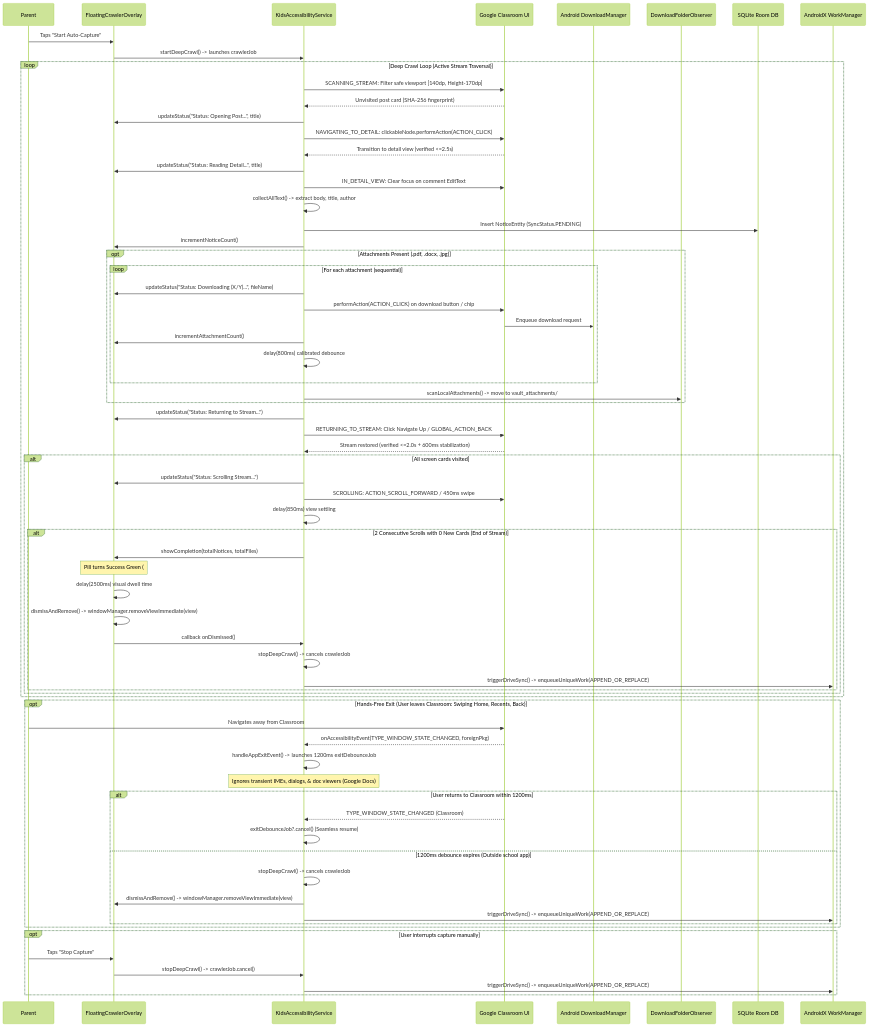
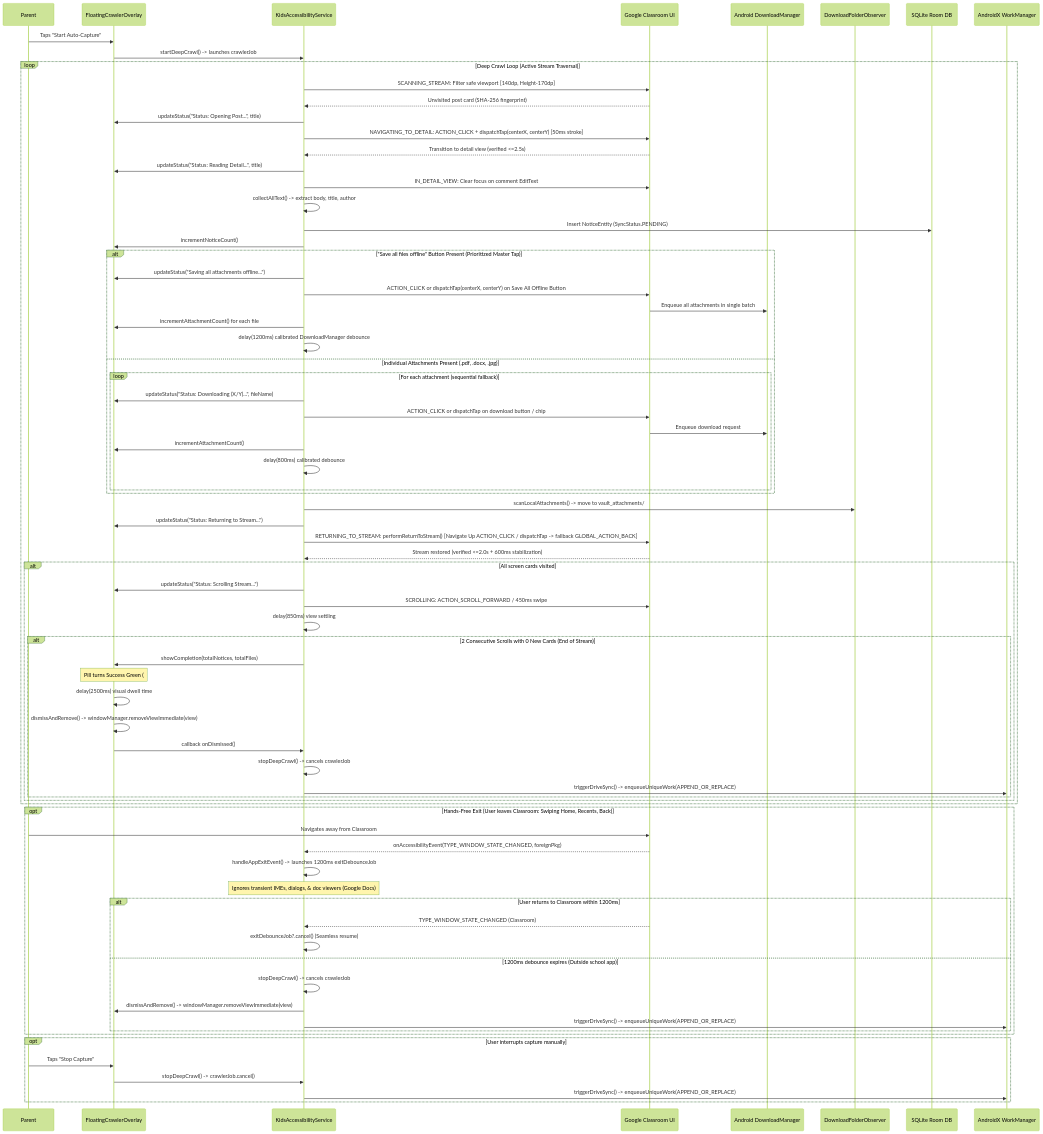
The fourth of 10 diagrams in docs/TECHNICAL_ARCHITECTURE.md (daarshnicsanjeev/K.I.D.S), drawn with Mermaid (forest theme) before and after one commit. The commit also changed other lines of this file and 11 other files, not shown here.

Commit message:
feat(crawler): physical tap post entry and save all files offline master button

```diff
--- a/docs/TECHNICAL_ARCHITECTURE.md
+++ b/docs/TECHNICAL_ARCHITECTURE.md
@@ -348,7 +348,7 @@
         GC-->>ACS: Unvisited post card (SHA-256 fingerprint)
         
         ACS->>OV: updateStatus("Status: Opening Post...", title)
-        ACS->>GC: NAVIGATING_TO_DETAIL: clickableNode.performAction(ACTION_CLICK)
+        ACS->>GC: NAVIGATING_TO_DETAIL: ACTION_CLICK + dispatchTap(centerX, centerY) [50ms stroke]
         GC-->>ACS: Transition to detail view (verified <=2.5s)
         
         ACS->>OV: updateStatus("Status: Reading Detail...", title)
@@ -357,19 +357,25 @@
         ACS->>DB: Insert NoticeEntity (SyncStatus.PENDING)
         ACS->>OV: incrementNoticeCount()
         
-        opt Attachments Present (.pdf, .docx, .jpg)
-            loop For each attachment (sequential)
+        alt "Save all files offline" Button Present (Prioritized Master Tap)
+            ACS->>OV: updateStatus("Saving all attachments offline...")
+            ACS->>GC: ACTION_CLICK or dispatchTap(centerX, centerY) on Save All Offline Button
+            GC->>DM: Enqueue all attachments in single batch
+            ACS->>OV: incrementAttachmentCount() for each file
+            ACS->>ACS: delay(1200ms) calibrated DownloadManager debounce
+        else Individual Attachments Present (.pdf, .docx, .jpg)
+            loop For each attachment (sequential fallback)
                 ACS->>OV: updateStatus("Status: Downloading (X/Y)...", fileName)
-                ACS->>GC: performAction(ACTION_CLICK) on download button / chip
+                ACS->>GC: ACTION_CLICK or dispatchTap on download button / chip
                 GC->>DM: Enqueue download request
                 ACS->>OV: incrementAttachmentCount()
                 ACS->>ACS: delay(800ms) calibrated debounce
             end
-            ACS->>DFO: scanLocalAttachments() -> move to vault_attachments/
         end
+        ACS->>DFO: scanLocalAttachments() -> move to vault_attachments/
         
         ACS->>OV: updateStatus("Status: Returning to Stream...")
-        ACS->>GC: RETURNING_TO_STREAM: Click Navigate Up / GLOBAL_ACTION_BACK
+        ACS->>GC: RETURNING_TO_STREAM: performReturnToStream() [Navigate Up ACTION_CLICK / dispatchTap -> fallback GLOBAL_ACTION_BACK]
         GC-->>ACS: Stream restored (verified <=2.0s + 600ms stabilization)
         
         alt All screen cards visited
```
